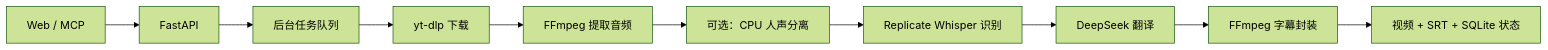
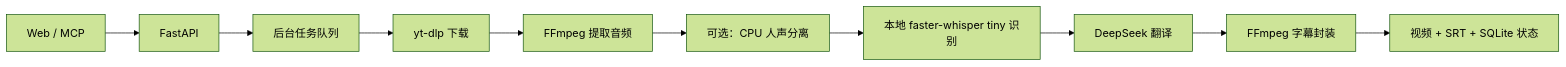
Before and after one commit to S-zhi/LynxSense: the second of 2 diagrams in README.md, drawn with Mermaid (forest theme). The commit also changed other lines of this file and 17 other files, not shown here.

Commit message:
Make local faster-whisper tiny the default transcriber

````diff
--- a/README.md
+++ b/README.md
@@ -295,12 +294,12 @@
 ```mermaid
 flowchart LR
     Client["Web / MCP"] --> API["FastAPI"]
     API --> Runner["后台任务队列"]
     Runner --> Download["yt-dlp 下载"]
     Download --> Audio["FFmpeg 提取音频"]
     Audio --> Separate["可选：CPU 人声分离"]
-    Separate --> ASR["Replicate Whisper 识别"]
+    Separate --> ASR["本地 faster-whisper tiny 识别"]
     ASR --> Translate["DeepSeek 翻译"]
     Translate --> Burn["FFmpeg 字幕封装"]
     Burn --> Store["视频 + SRT + SQLite 状态"]
 ```
````
